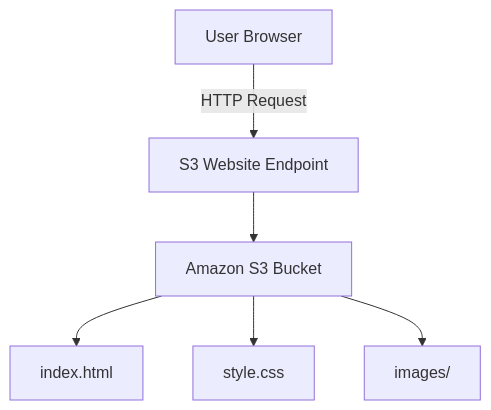
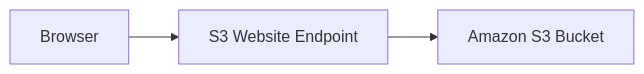
The diagram in Task-1-Static-Website-S3/README.md (ChanduVattikulla/aws-cloud-projects), drawn with Mermaid before and after one commit. The commit also changed other lines of this file and 3 other files, not shown here.

````diff
--- a/Task-1-Static-Website-S3/README.md
+++ b/Task-1-Static-Website-S3/README.md
@@ -45,9 +68,5 @@
 ```mermaid
-flowchart TD
-    A[User Browser]
-    A -->|HTTP Request| B[S3 Website Endpoint]
-    B --> C[Amazon S3 Bucket]
-    C --> D[index.html]
-    C --> E[style.css]
-    C --> F[images/]
+flowchart LR
+A[Browser] --> B[S3 Website Endpoint]
+B --> C[Amazon S3 Bucket]
 ```
````
